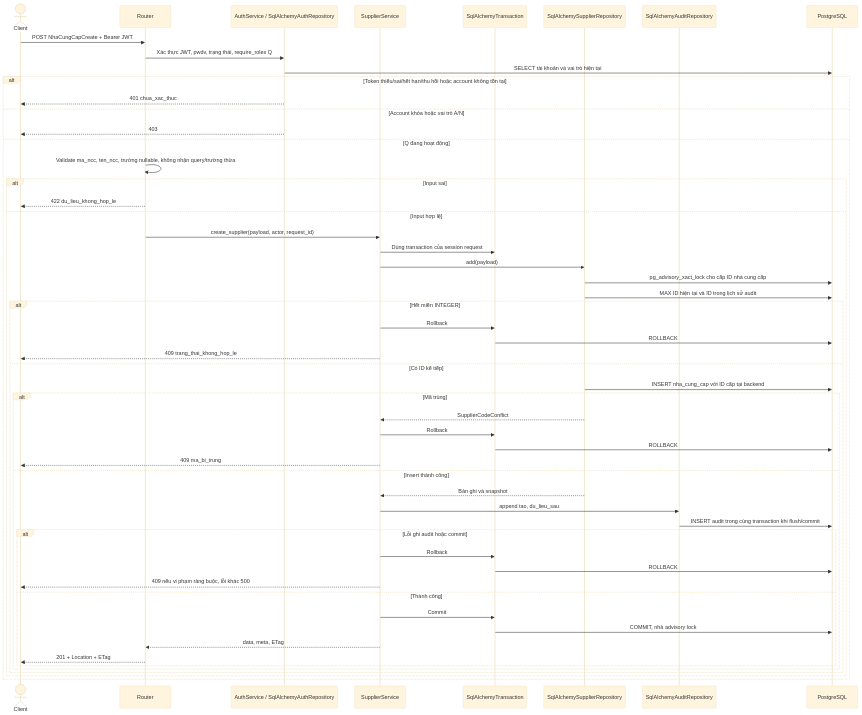
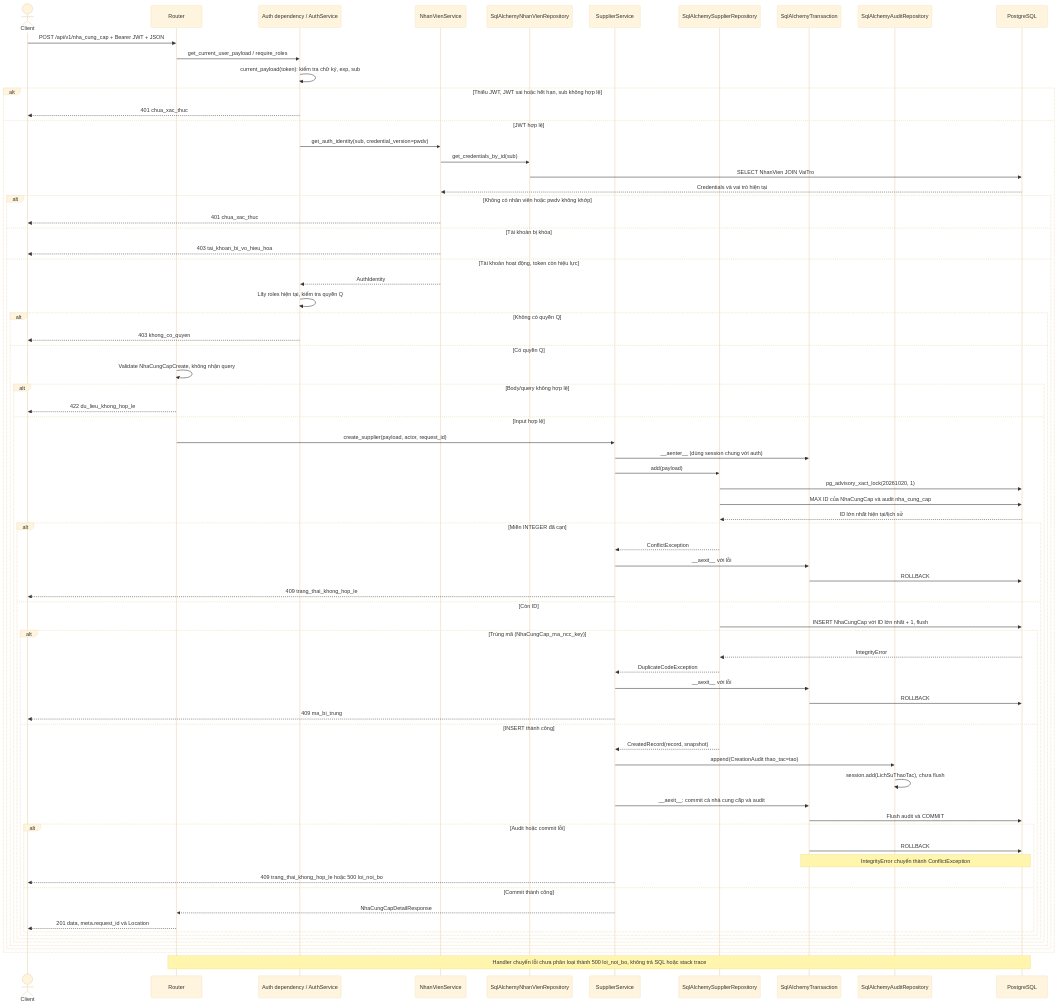
Before and after one commit to thanhklt/xbike-mrp-system: the third of 3 diagrams in docs/sequence/nha_cung_cap.md, drawn with Mermaid (base theme). The commit also changed other lines of this file and 3 other files, not shown here.

````diff
--- a/docs/sequence/nha_cung_cap.md
+++ b/docs/sequence/nha_cung_cap.md
@@ -246,57 +143,77 @@
 ```mermaid
 sequenceDiagram
     actor Client
     participant Router
-    participant Auth as AuthService / SqlAlchemyAuthRepository
+    participant Auth as Auth dependency / AuthService
+    participant Employees as NhanVienService
+    participant EmployeeRepo as SqlAlchemyNhanVienRepository
     participant Service as SupplierService
+    participant Repo as SqlAlchemySupplierRepository
     participant Tx as SqlAlchemyTransaction
-    participant Repo as SqlAlchemySupplierRepository
-    participant Audit as SqlAlchemyAuditRepository
+    participant AuditRepo as SqlAlchemyAuditRepository
     participant DB as PostgreSQL
-    Client->>Router: POST NhaCungCapCreate + Bearer JWT
-    Router->>Auth: Xác thực JWT, pwdv, trạng thái, require_roles Q
-    Auth->>DB: SELECT tài khoản và vai trò hiện tại
-    alt Token thiếu/sai/hết hạn/thu hồi hoặc account không tồn tại
+    Client->>Router: POST /api/v1/nha_cung_cap + Bearer JWT + JSON
+    Router->>Auth: get_current_user_payload / require_roles
+    Auth->>Auth: current_payload(token): kiểm tra chữ ký, exp, sub
+    alt Thiếu JWT, JWT sai hoặc hết hạn, sub không hợp lệ
         Auth-->>Client: 401 chua_xac_thuc
-    else Account khóa hoặc vai trò A/N
-        Auth-->>Client: 403
-    else Q đang hoạt động
-        Router->>Router: Validate ma_ncc, ten_ncc, trường nullable, không nhận query/trường thừa
-        alt Input sai
-            Router-->>Client: 422 du_lieu_khong_hop_le
-        else Input hợp lệ
-            Router->>Service: create_supplier(payload, actor, request_id)
-            Service->>Tx: Dùng transaction của session request
-            Service->>Repo: add(payload)
-            Repo->>DB: pg_advisory_xact_lock cho cấp ID nhà cung cấp
-            Repo->>DB: MAX ID hiện tại và ID trong lịch sử audit
-            alt Hết miền INTEGER
-                Service->>Tx: Rollback
-                Tx->>DB: ROLLBACK
-                Service-->>Client: 409 trang_thai_khong_hop_le
-            else Có ID kế tiếp
-                Repo->>DB: INSERT nha_cung_cap với ID cấp tại backend
-                alt Mã trùng
-                    Repo-->>Service: SupplierCodeConflict
-                    Service->>Tx: Rollback
-                    Tx->>DB: ROLLBACK
-                    Service-->>Client: 409 ma_bi_trung
-                else Insert thành công
-                    Repo-->>Service: Bản ghi và snapshot
-                    Service->>Audit: append tao, du_lieu_sau
-                    Audit->>DB: INSERT audit trong cùng transaction khi flush/commit
-                    alt Lỗi ghi audit hoặc commit
-                        Service->>Tx: Rollback
+    else JWT hợp lệ
+        Auth->>Employees: get_auth_identity(sub, credential_version=pwdv)
+        Employees->>EmployeeRepo: get_credentials_by_id(sub)
+        EmployeeRepo->>DB: SELECT NhanVien JOIN VaiTro
+        DB-->>Employees: Credentials và vai trò hiện tại
+        alt Không có nhân viên hoặc pwdv không khớp
+            Employees-->>Client: 401 chua_xac_thuc
+        else Tài khoản bị khóa
+            Employees-->>Client: 403 tai_khoan_bi_vo_hieu_hoa
+        else Tài khoản hoạt động, token còn hiệu lực
+            Employees-->>Auth: AuthIdentity
+            Auth->>Auth: Lấy roles hiện tại, kiểm tra quyền Q
+            alt Không có quyền Q
+                Auth-->>Client: 403 khong_co_quyen
+            else Có quyền Q
+                Router->>Router: Validate NhaCungCapCreate, không nhận query
+                alt Body/query không hợp lệ
+                    Router-->>Client: 422 du_lieu_khong_hop_le
+                else Input hợp lệ
+                    Router->>Service: create_supplier(payload, actor, request_id)
+                    Service->>Tx: __aenter__ (dùng session chung với auth)
+                    Service->>Repo: add(payload)
+                    Repo->>DB: pg_advisory_xact_lock(20261020, 1)
+                    Repo->>DB: MAX ID của NhaCungCap và audit nha_cung_cap
+                    DB-->>Repo: ID lớn nhất hiện tại/lịch sử
+                    alt Miền INTEGER đã cạn
+                        Repo-->>Service: ConflictException
+                        Service->>Tx: __aexit__ với lỗi
                         Tx->>DB: ROLLBACK
-                        Service-->>Client: 409 nếu vi phạm ràng buộc, lỗi khác 500
-                    else Thành công
-                        Service->>Tx: Commit
-                        Tx->>DB: COMMIT, nhả advisory lock
-                        Service-->>Router: data, meta, ETag
-                        Router-->>Client: 201 + Location + ETag
+                        Service-->>Client: 409 trang_thai_khong_hop_le
+                    else Còn ID
+                        Repo->>DB: INSERT NhaCungCap với ID lớn nhất + 1, flush
+                        alt Trùng mã (NhaCungCap_ma_ncc_key)
+                            DB-->>Repo: IntegrityError
+                            Repo-->>Service: DuplicateCodeException
+                            Service->>Tx: __aexit__ với lỗi
+                            Tx->>DB: ROLLBACK
+                            Service-->>Client: 409 ma_bi_trung
+                        else INSERT thành công
+                            Repo-->>Service: CreatedRecord(record, snapshot)
+                            Service->>AuditRepo: append(CreationAudit thao_tac=tao)
+                            AuditRepo->>AuditRepo: session.add(LichSuThaoTac), chưa flush
+                            Service->>Tx: __aexit__: commit cả nhà cung cấp và audit
+                            Tx->>DB: Flush audit và COMMIT
+                            alt Audit hoặc commit lỗi
+                                Tx->>DB: ROLLBACK
+                                Note over Tx,DB: IntegrityError chuyển thành ConflictException
+                                Service-->>Client: 409 trang_thai_khong_hop_le hoặc 500 loi_noi_bo
+                            else Commit thành công
+                                Service-->>Router: NhaCungCapDetailResponse
+                                Router-->>Client: 201 data, meta.request_id và Location
+                            end
+                        end
                     end
                 end
             end
         end
     end
+    Note over Router,DB: Handler chuyển lỗi chưa phân loại thành 500 loi_noi_bo, không trả SQL hoặc stack trace
 ```
````
